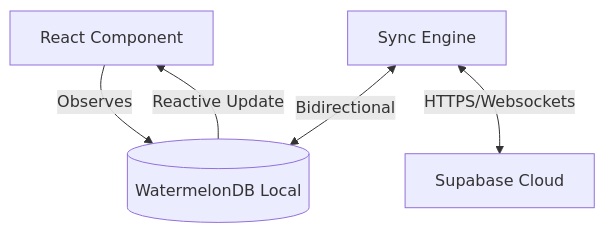
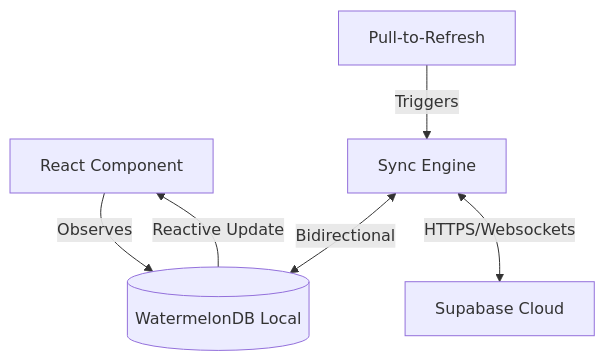
The diagram in documentation/onboarding/00-GETTING-STARTED.md (wildlifeai/ww-mobile-app), drawn with Mermaid before and after one commit. The commit also changed other lines of this file and 20 other files, not shown here.

````diff
--- a/documentation/onboarding/00-GETTING-STARTED.md
+++ b/documentation/onboarding/00-GETTING-STARTED.md
@@ -100,7 +100,8 @@
 ```mermaid
 graph TD
     UI[React Component] -->|Observes| DB[(WatermelonDB Local)]
     DB -->|Reactive Update| UI
     Sync[Sync Engine] <-->|Bidirectional| DB
     Sync <-->|HTTPS/Websockets| Cloud[Supabase Cloud]
+    User[Pull-to-Refresh] -->|Triggers| Sync
 ```
````
